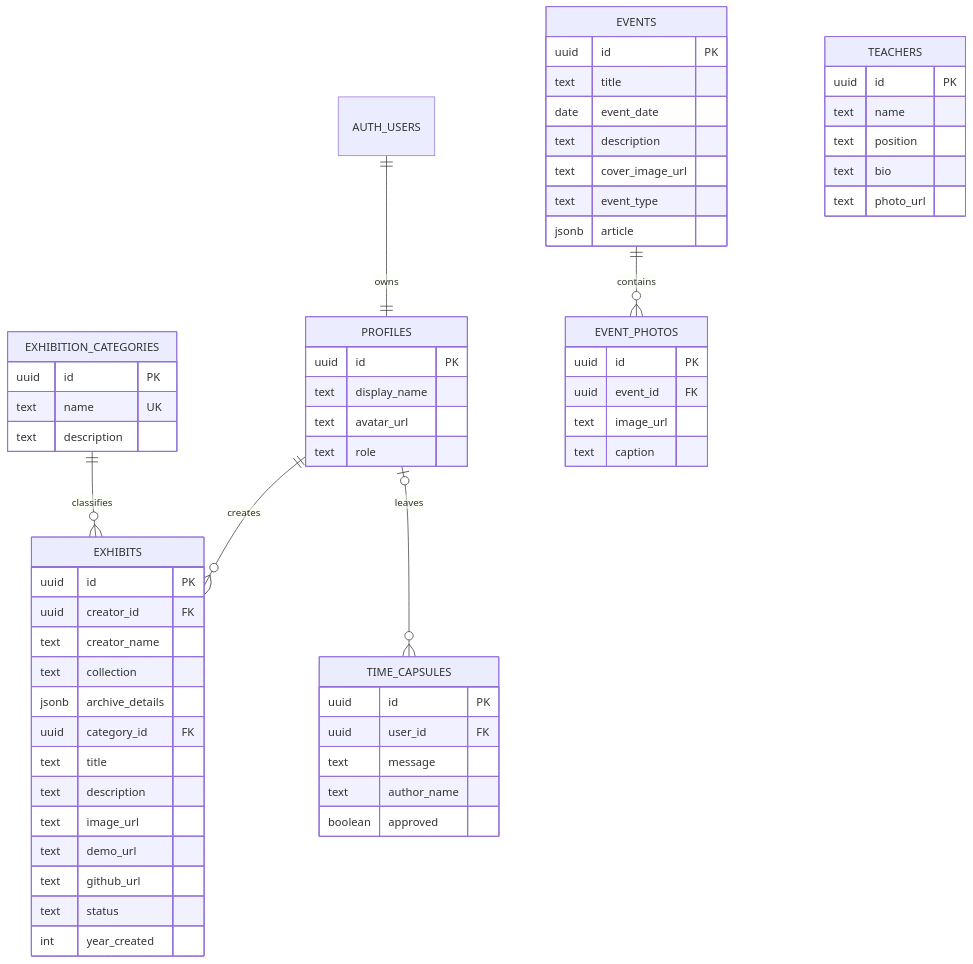
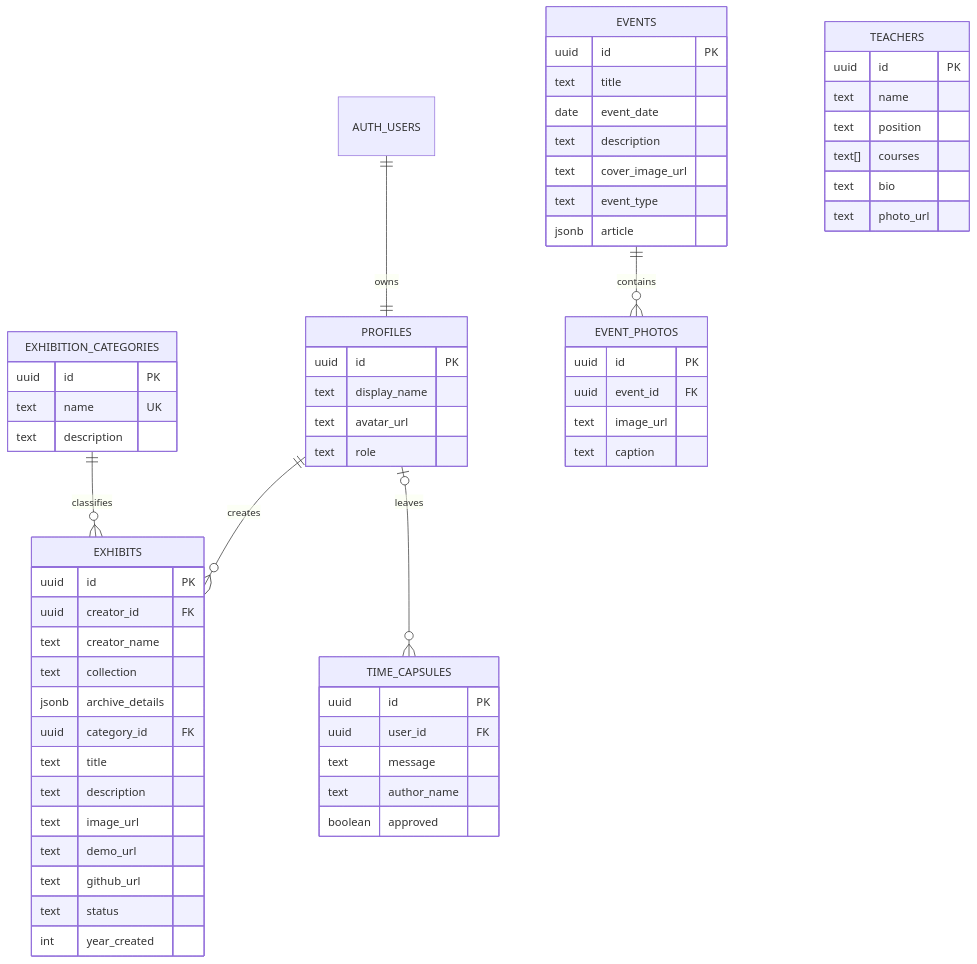
Before and after one commit to nandydn555-cell/swe-hw: the diagram in docs/architecture-and-demo.md, drawn with Mermaid. The commit also changed other lines of this file and 8 other files, not shown here.

Commit message:
Prepare final handover, ERD, wireframes and Mongolian demo script

````diff
--- a/docs/architecture-and-demo.md
+++ b/docs/architecture-and-demo.md
@@ -5,64 +7,65 @@
 ```mermaid
 erDiagram
   AUTH_USERS ||--|| PROFILES : owns
   PROFILES ||--o{ EXHIBITS : creates
   EXHIBITION_CATEGORIES ||--o{ EXHIBITS : classifies
   EVENTS ||--o{ EVENT_PHOTOS : contains
   PROFILES o|--o{ TIME_CAPSULES : leaves
 
   PROFILES {
     uuid id PK
     text display_name
     text avatar_url
     text role
   }
   EXHIBITION_CATEGORIES {
     uuid id PK
     text name UK
     text description
   }
   EXHIBITS {
     uuid id PK
     uuid creator_id FK
     text creator_name
     text collection
     jsonb archive_details
     uuid category_id FK
     text title
     text description
     text image_url
     text demo_url
     text github_url
     text status
     int year_created
   }
   TEACHERS {
     uuid id PK
     text name
     text position
+    text[] courses
     text bio
     text photo_url
   }
   EVENTS {
     uuid id PK
     text title
     date event_date
     text description
     text cover_image_url
     text event_type
     jsonb article
   }
   EVENT_PHOTOS {
     uuid id PK
     uuid event_id FK
     text image_url
     text caption
   }
   TIME_CAPSULES {
     uuid id PK
     uuid user_id FK
     text message
     text author_name
     boolean approved
   }
 ```
````
